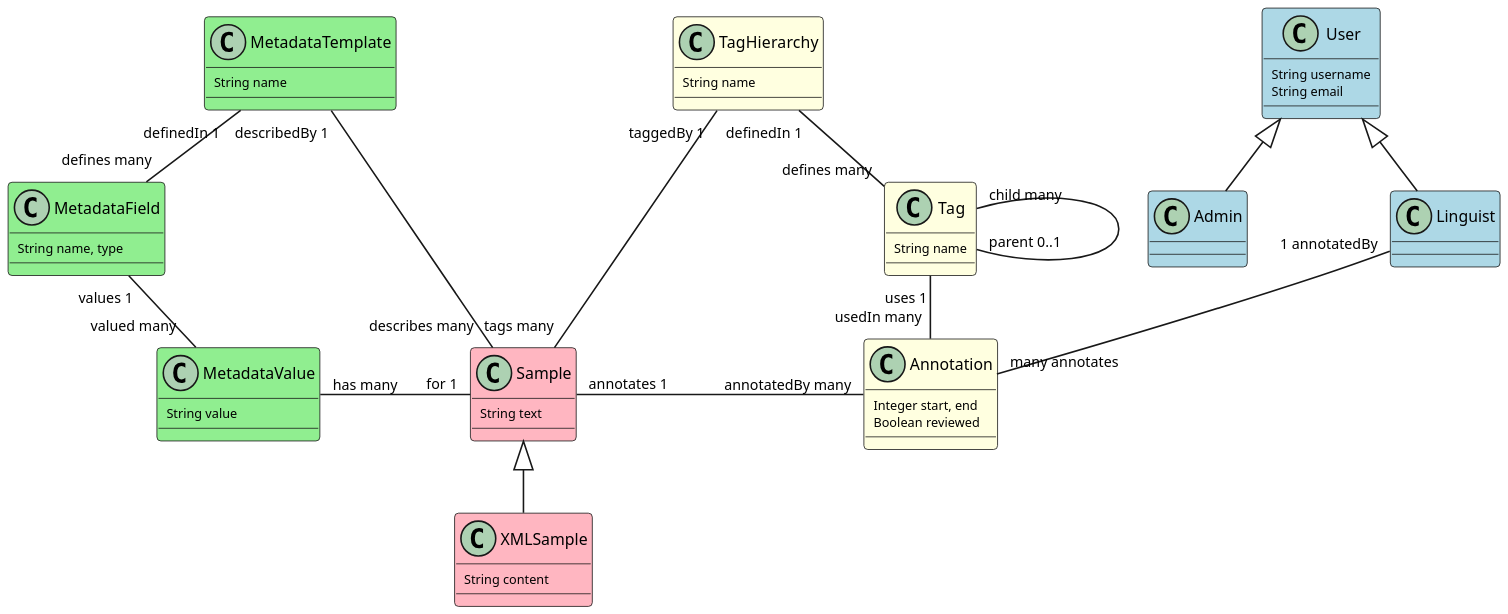
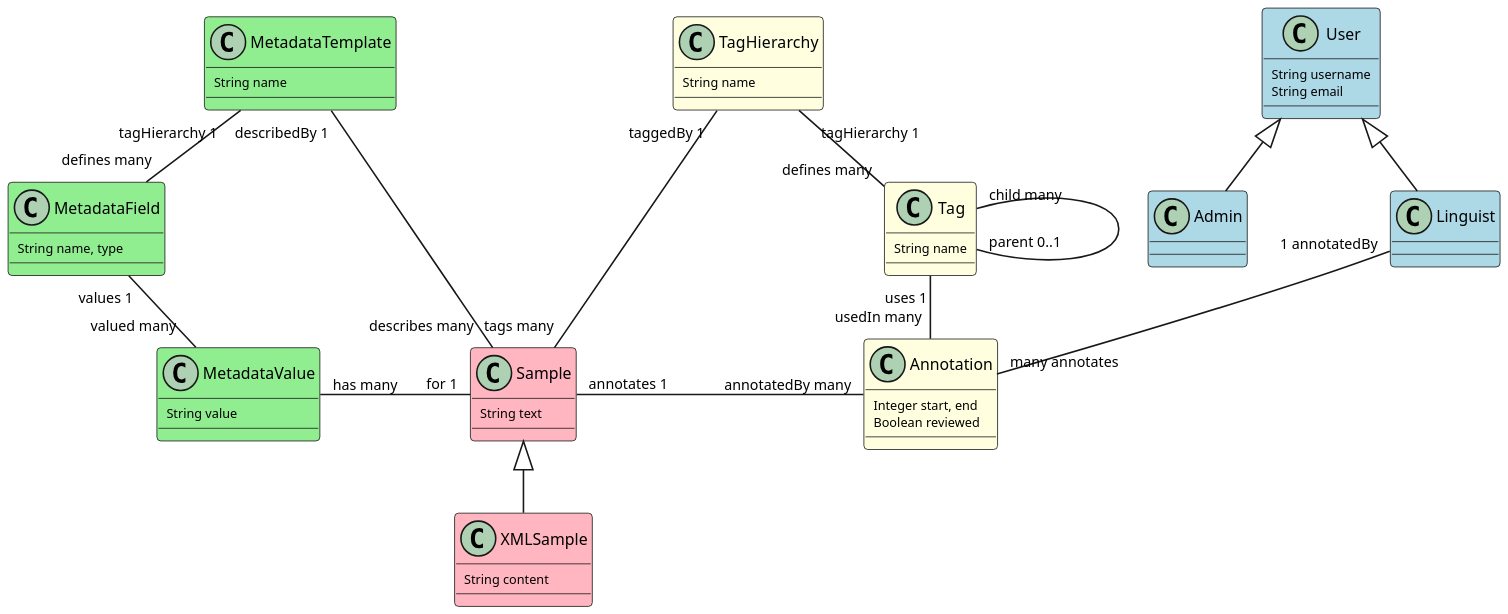
Before and after one commit to UdL-EPS-SoftArch/TextAnnot-API: the diagram in entity-model.puml, drawn with PlantUML. The commit also changed 4 other files, not shown here.

```diff
--- a/entity-model.puml
+++ b/entity-model.puml
@@ -1,72 +1,72 @@
 @startuml
 
 skinparam dpi 200
 skinparam classAttributeFontSize 8
 skinparam classArrowFontSize 9
 skinparam classFontSize 10
 skinparam nodesep 90
 skinparam ranksep 40
 hide stereotype
 skinparam class {
 	BackgroundColor White
 	BackgroundColor<<Sample>> LightPink
 	BackgroundColor<<User>> LightBlue
 	BackgroundColor<<Metadata>> LightGreen
 	BackgroundColor<<Annotation>> LightYellow
 }
 
 class MetadataTemplate <<Metadata>> {
     String name
 }
 
 class MetadataField <<Metadata>> {
     String name, type
 }
-MetadataTemplate "definedIn 1" -- "defines many" MetadataField
+MetadataTemplate "tagHierarchy 1" -- "defines many" MetadataField
 MetadataTemplate "describedBy 1" -- "describes many" Sample
 
 class MetadataValue <<Metadata>> {
     String value
 }
 MetadataValue "valued many" -up- "values 1" MetadataField
 MetadataValue "has many" -right- "for 1" Sample
 
 class Sample <<Sample>> {
     String text
 }
 
 class XMLSample <<Sample>> extends Sample {
     String content
 }
 
 class TagHierarchy <<Annotation>> {
     String name
 }
 TagHierarchy "taggedBy 1" -- "tags many" Sample
 
 class Tag <<Annotation>> {
     String name
 }
-Tag "defines many" -up- "definedIn 1" TagHierarchy
+Tag "defines many" -up- "tagHierarchy 1" TagHierarchy
 Tag "child many" -- "parent 0..1" Tag
 Tag "uses 1" -- "usedIn many" Annotation
 
 class Annotation <<Annotation>> {
     Integer start, end
     Boolean reviewed
 }
 Annotation "annotatedBy many" -left- "annotates 1" Sample
 
 class User <<User>> {
     String username
     String email
 }
 
 class Linguist <<User>> extends User {
 }
 Linguist "1 annotatedBy" -- "many annotates" Annotation
 
 class Admin <<User>> extends User {
 }
 
 @enduml
```
